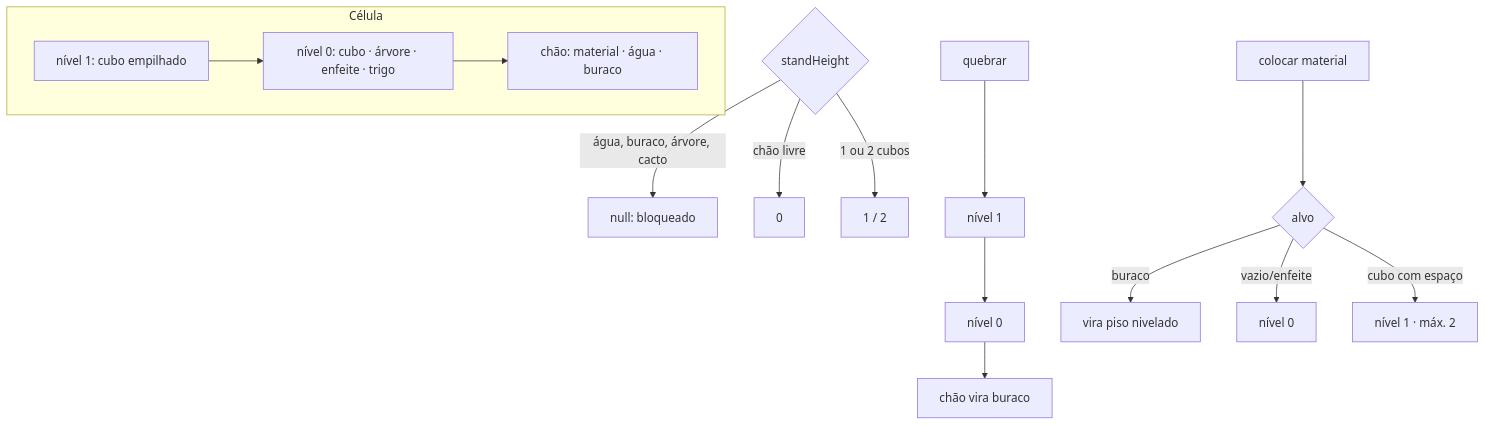
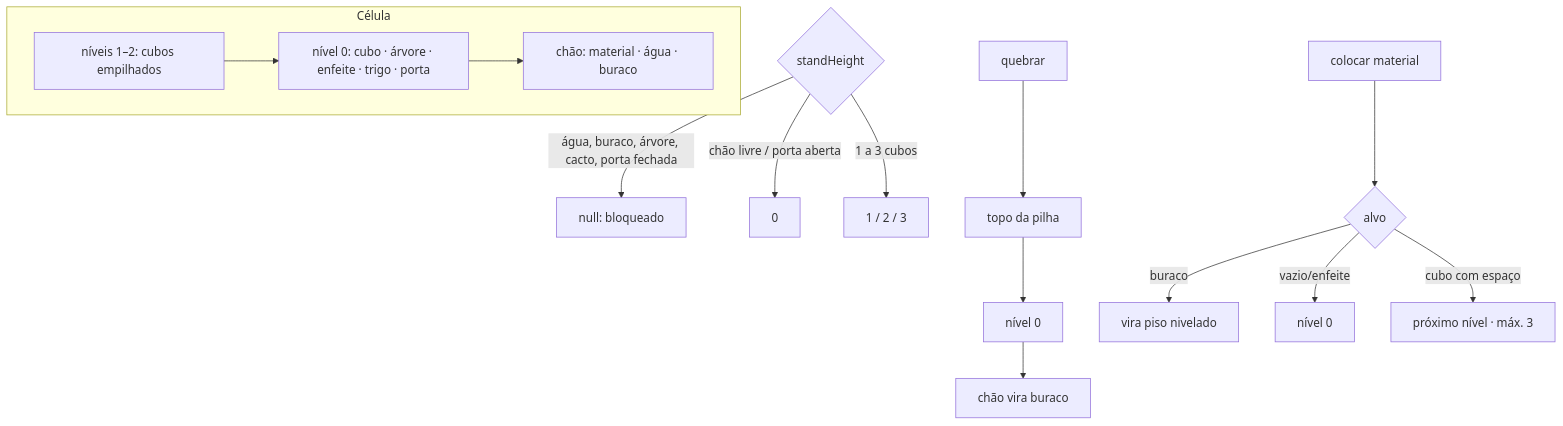
The third of 7 diagrams in docs/MAPS.md (maiam/mundoblocos-2d), drawn with Mermaid before and after one commit. The commit also changed 27 other files, not shown here.

First line of the commit message:
Pilha de até 3 cubos e Porta de Carvalho (abre/fecha, 3 blocos de altura)

````diff
--- a/docs/MAPS.md
+++ b/docs/MAPS.md
@@ -59,15 +59,15 @@
 ```mermaid
 flowchart TB
   subgraph Célula
-    U[nível 1: cubo empilhado] --> O[nível 0: cubo · árvore · enfeite · trigo]
+    U[níveis 1–2: cubos empilhados] --> O[nível 0: cubo · árvore · enfeite · trigo · porta]
     O --> GR[chão: material · água · buraco]
   end
-  Q{standHeight} -->|água, buraco, árvore, cacto| X[null: bloqueado]
-  Q -->|chão livre| Z0[0]
-  Q -->|1 ou 2 cubos| Z12[1 / 2]
-  BR[quebrar] --> BR1[nível 1] --> BR2[nível 0] --> BR3[chão vira buraco]
+  Q{standHeight} -->|água, buraco, árvore, cacto, porta fechada| X[null: bloqueado]
+  Q -->|chão livre / porta aberta| Z0[0]
+  Q -->|1 a 3 cubos| Z12[1 / 2 / 3]
+  BR[quebrar] --> BR1[topo da pilha] --> BR2[nível 0] --> BR3[chão vira buraco]
   PL[colocar material] --> P1{alvo}
   P1 -->|buraco| PF[vira piso nivelado]
   P1 -->|vazio/enfeite| P0[nível 0]
-  P1 -->|cubo com espaço| P2[nível 1 · máx. 2]
+  P1 -->|cubo com espaço| P2[próximo nível · máx. 3]
 ```
````
